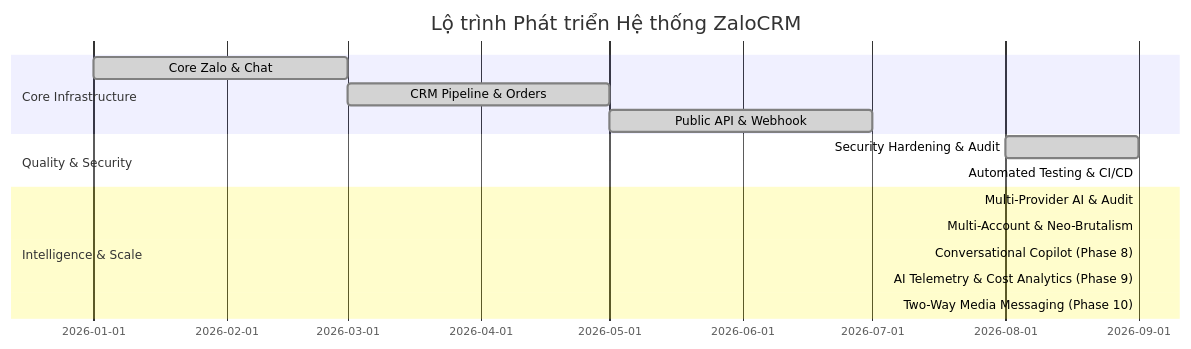
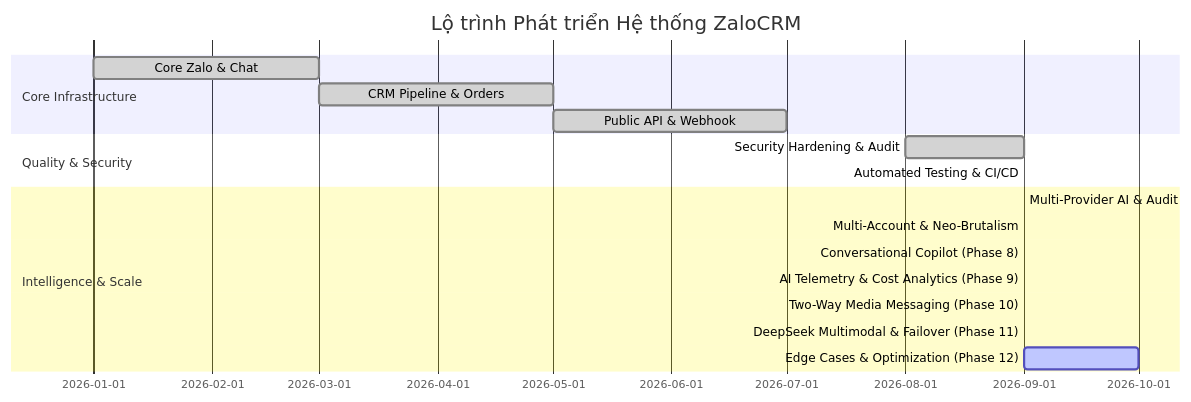
One commit to duynghien/ZaloCRM changed the diagram in docs/project-roadmap.md. Above: the diagram before and after it, drawn with Mermaid. The commit also changed other lines of this file and 3 other files, not shown here.

Commit message:
docs: sync technical documentation and add phase 12 roadmap

````diff
--- a/docs/project-roadmap.md
+++ b/docs/project-roadmap.md
@@ -7,18 +7,20 @@
 ```mermaid
 gantt
     title Lộ trình Phát triển Hệ thống ZaloCRM
     dateFormat  YYYY-MM
     section Core Infrastructure
     Core Zalo & Chat           :done,    des1, 2026-01, 2026-03
     CRM Pipeline & Orders      :done,    des2, 2026-03, 2026-05
     Public API & Webhook       :done,    des3, 2026-05, 2026-07
     section Quality & Security
     Security Hardening & Audit :done,    des4, 2026-08, 2026-09
     Automated Testing & CI/CD  :done,    des5, 2026-09, 2026-09
     section Intelligence & Scale
     Multi-Provider AI & Audit  :done,    des6, 2026-09, 2026-09
     Multi-Account & Neo-Brutalism :done, des7, 2026-09, 2026-09
     Conversational Copilot (Phase 8) :done, des8, 2026-09, 2026-09
     AI Telemetry & Cost Analytics (Phase 9) :done, des9, 2026-09, 2026-09
     Two-Way Media Messaging (Phase 10) :done, des10, 2026-09, 2026-09
+    DeepSeek Multimodal & Failover (Phase 11) :done, des11, 2026-09, 2026-09
+    Edge Cases & Optimization (Phase 12) :active, des12, 2026-09, 2026-10
 ```
````
